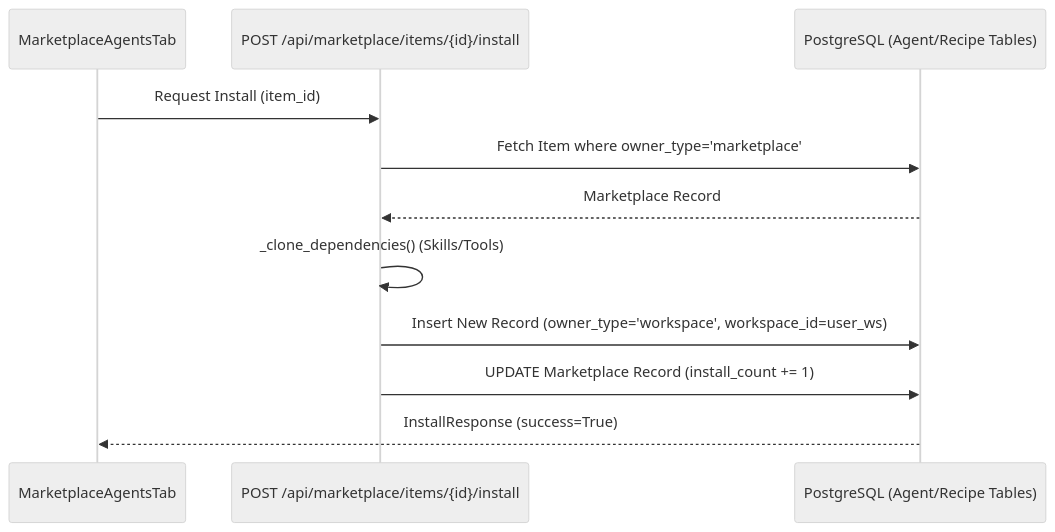
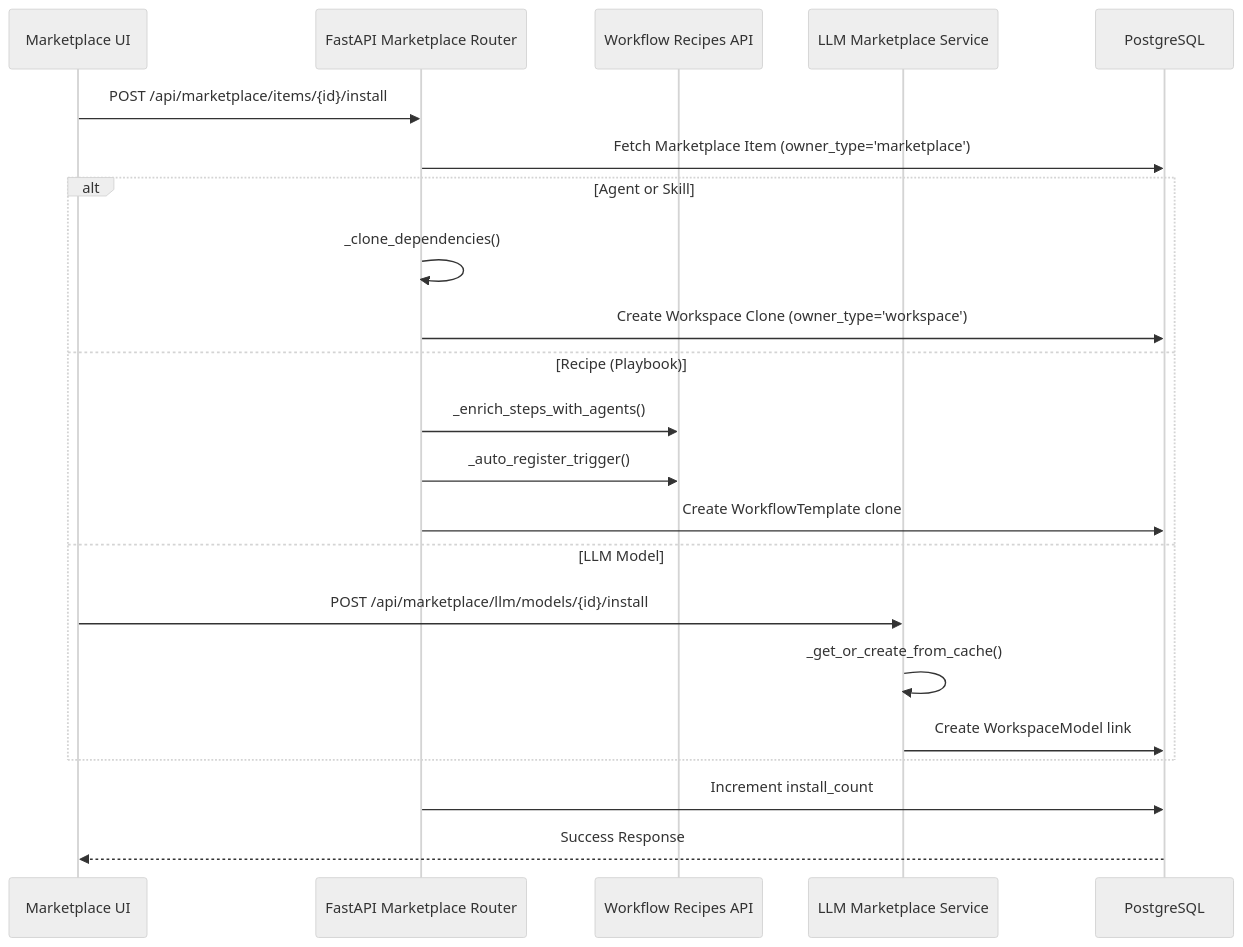
The second of 2 diagrams in docs/community-marketplace/_index.md (AutomatosAI/automatos-ai), drawn with Mermaid (neutral theme) before and after one commit. The commit also changed other lines of this file and 153 other files, not shown here.

````diff
--- a/docs/community-marketplace/_index.md
+++ b/docs/community-marketplace/_index.md
@@ -105,14 +112,27 @@
 ```mermaid
 sequenceDiagram
-    participant UI as MarketplaceAgentsTab
-    participant API as POST /api/marketplace/items/{id}/install
-    participant DB as PostgreSQL (Agent/Recipe Tables)
+    participant UI as Marketplace UI
+    participant API as FastAPI Marketplace Router
+    participant WR as Workflow Recipes API
+    participant LLM as LLM Marketplace Service
+    participant DB as PostgreSQL
 
-    UI->>API: Request Install (item_id)
-    API->>DB: Fetch Item where owner_type='marketplace'
-    DB-->>API: Marketplace Record
-    API->>API: _clone_dependencies() (Skills/Tools)
-    API->>DB: Insert New Record (owner_type='workspace', workspace_id=user_ws)
-    API->>DB: UPDATE Marketplace Record (install_count += 1)
-    DB-->>UI: InstallResponse (success=True)
+    UI->>API: POST /api/marketplace/items/{id}/install
+    API->>DB: Fetch Marketplace Item (owner_type='marketplace')
+    
+    alt Agent or Skill
+        API->>API: _clone_dependencies()
+        API->>DB: Create Workspace Clone (owner_type='workspace')
+    else Recipe (Playbook)
+        API->>WR: _enrich_steps_with_agents()
+        API->>WR: _auto_register_trigger()
+        API->>DB: Create WorkflowTemplate clone
+    else LLM Model
+        UI->>LLM: POST /api/marketplace/llm/models/{id}/install
+        LLM->>LLM: _get_or_create_from_cache()
+        LLM->>DB: Create WorkspaceModel link
+    end
+    
+    API->>DB: Increment install_count
+    DB-->>UI: Success Response
 ```
````
